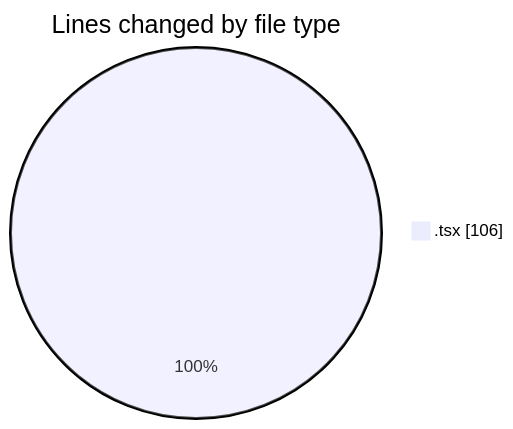
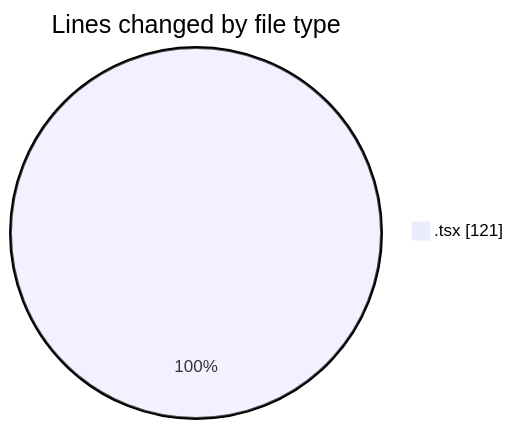
Before and after one commit to momahboobian/code-tracking: the first of 2 diagrams in 2025-09-16/cda/README.md, drawn with Mermaid. The commit also changed other lines of this file and 1 other file, not shown here.

````diff
--- a/2025-09-16/cda/README.md
+++ b/2025-09-16/cda/README.md
@@ -21,5 +21,5 @@
 ```mermaid
 pie showData
 title Lines changed by file type
-".tsx" : 106
+".tsx" : 121
 ```
````
